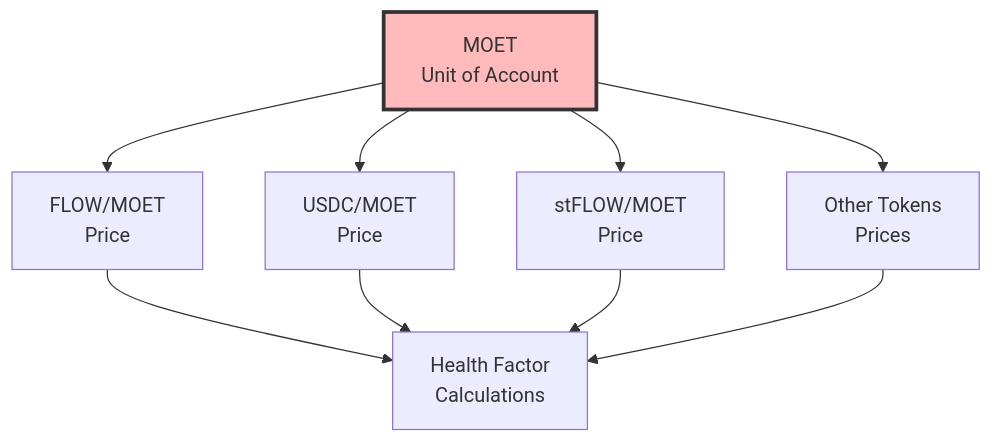
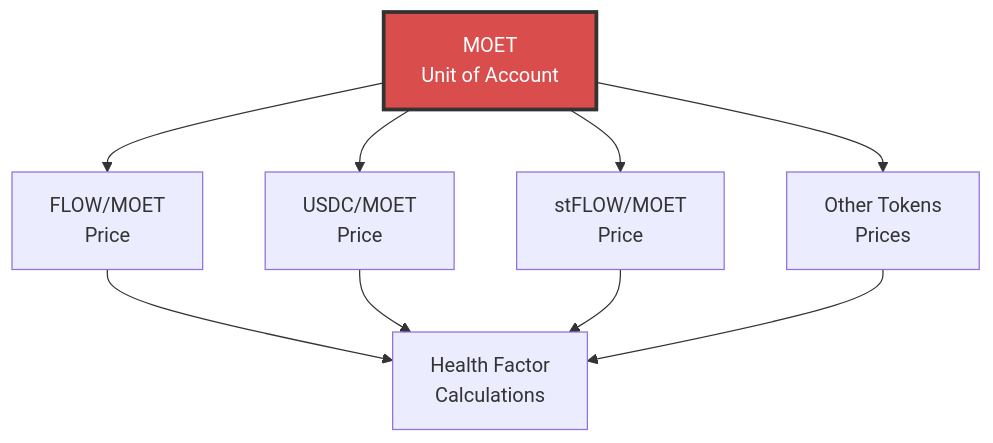
The fourth of 7 diagrams in docs/defi/alp/credit-market-mechanics.md (onflow/docs), drawn with Mermaid before and after one commit. The commit also changed other lines of this file and 12 other files, not shown here.

````diff
--- a/docs/defi/alp/credit-market-mechanics.md
+++ b/docs/defi/alp/credit-market-mechanics.md
@@ -168,14 +168,14 @@
 ```mermaid
 graph TD
     MOET[MOET<br/>Unit of Account] --> P1[FLOW/MOET<br/>Price]
     MOET --> P2[USDC/MOET<br/>Price]
     MOET --> P3[stFLOW/MOET<br/>Price]
     MOET --> P4[Other Tokens<br/>Prices]
 
     P1 --> Calc[Health Factor<br/>Calculations]
     P2 --> Calc
     P3 --> Calc
     P4 --> Calc
 
-    style MOET fill:#fbb,stroke:#333,stroke-width:3px
+    style MOET fill:#d94d4d,stroke:#333,stroke-width:3px,color:#fff
 ```
````
